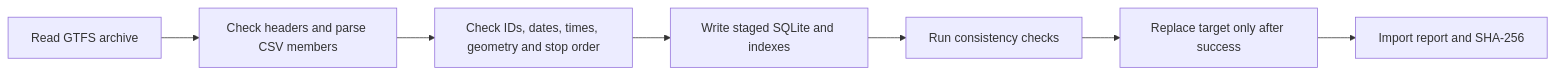
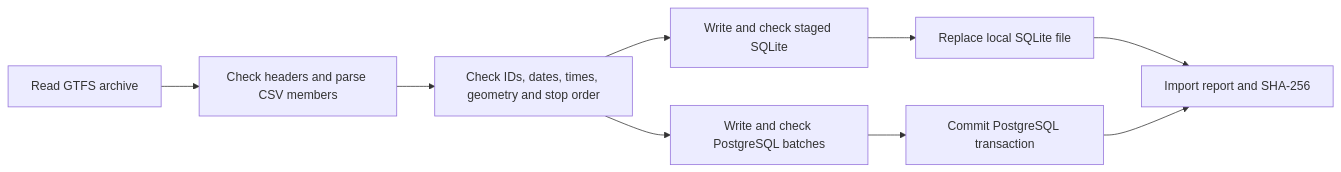
One commit to RISHI-0723/Safarnama changed the second of 3 diagrams in docs/DATA_PIPELINE.md. Above: the diagram before and after it, drawn with Mermaid. The commit also changed other lines of this file and 10 other files, not shown here.

````diff
--- a/docs/DATA_PIPELINE.md
+++ b/docs/DATA_PIPELINE.md
@@ -39,9 +39,11 @@
 ```mermaid
 flowchart LR
     ZIP["Read GTFS archive"] --> Parse["Check headers and parse CSV members"]
     Parse --> Validate["Check IDs, dates, times, geometry and stop order"]
-    Validate --> Stage["Write staged SQLite and indexes"]
-    Stage --> Integrity["Run consistency checks"]
-    Integrity --> Swap["Replace target only after success"]
+    Validate --> Stage["Write and check staged SQLite"]
+    Validate --> Batch["Write and check PostgreSQL batches"]
+    Stage --> Swap["Replace local SQLite file"]
+    Batch --> Commit["Commit PostgreSQL transaction"]
     Swap --> Report["Import report and SHA-256"]
+    Commit --> Report
 ```
````
